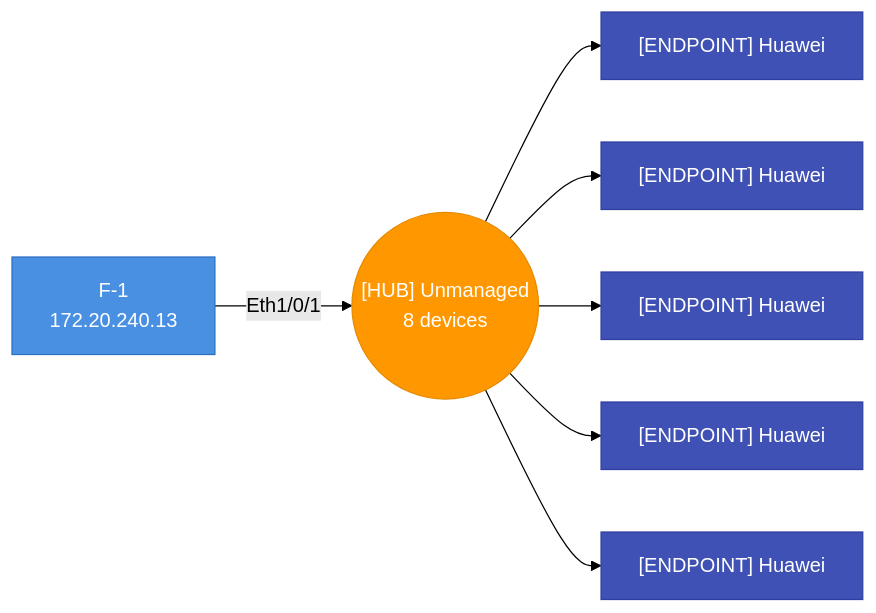
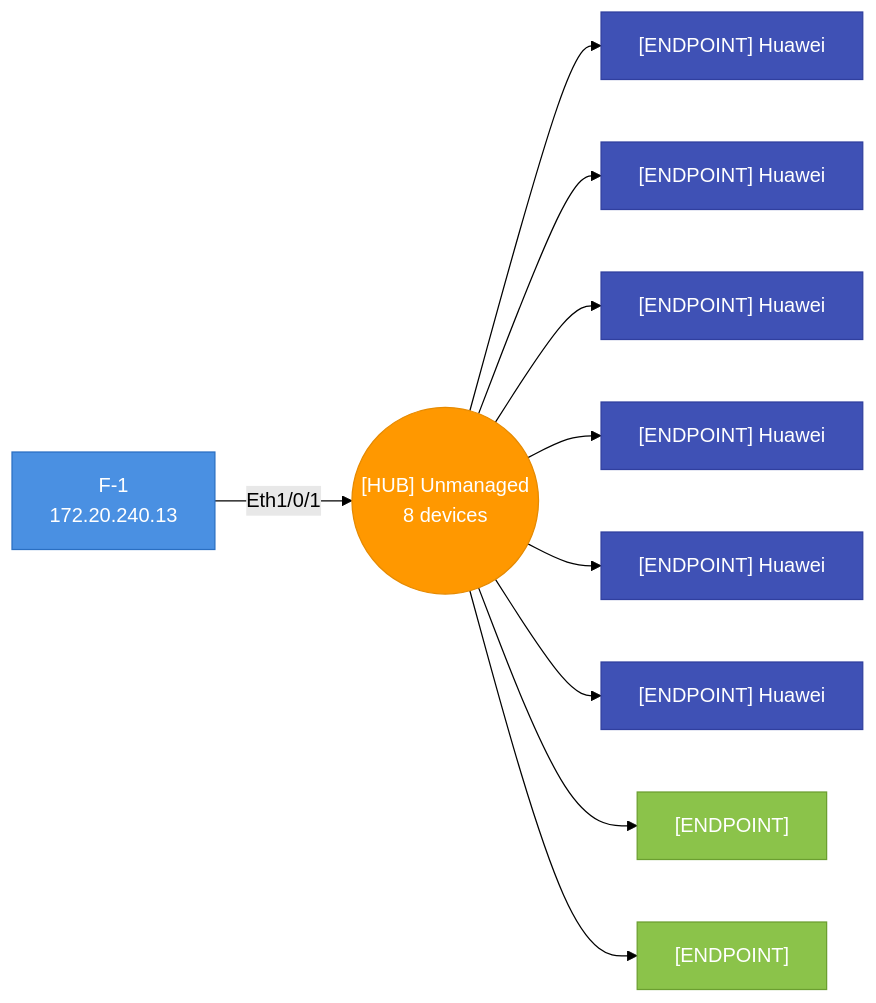
Diagram 29 of 47 in testdata/golden/audit_default.md (djamic/LLDP-Skanner-Go), drawn with Mermaid (forest theme) before and after one commit. The commit also changed other lines of this file and 12 other files, not shown here.

````diff
--- a/testdata/golden/audit_default.md
+++ b/testdata/golden/audit_default.md
@@ -2035,23 +2212,32 @@
 ```mermaid
 graph LR
   hub_f8f0827cfaca_p1(("[HUB] Unmanaged<br>8 devices"))
   f8f0827cfaca["F-1<br>172.20.240.13"]
   f8f0827cfaca-- "Eth1/0/1" -->hub_f8f0827cfaca_p1
   style f8f0827cfaca fill:#4A90E2,stroke:#2A6FC2,color:#fff
   bc9b5e37bf18["[ENDPOINT] Huawei"]
   hub_f8f0827cfaca_p1-->bc9b5e37bf18
   style bc9b5e37bf18 fill:#3F51B5,stroke:#303F9F,color:#fff
   bc9b5e37bf41["[ENDPOINT] Huawei"]
   hub_f8f0827cfaca_p1-->bc9b5e37bf41
   style bc9b5e37bf41 fill:#3F51B5,stroke:#303F9F,color:#fff
   bc9b5e37bf44["[ENDPOINT] Huawei"]
   hub_f8f0827cfaca_p1-->bc9b5e37bf44
   style bc9b5e37bf44 fill:#3F51B5,stroke:#303F9F,color:#fff
   bc9b5e37bf4a["[ENDPOINT] Huawei"]
   hub_f8f0827cfaca_p1-->bc9b5e37bf4a
   style bc9b5e37bf4a fill:#3F51B5,stroke:#303F9F,color:#fff
   bc9b5e37bf56["[ENDPOINT] Huawei"]
   hub_f8f0827cfaca_p1-->bc9b5e37bf56
   style bc9b5e37bf56 fill:#3F51B5,stroke:#303F9F,color:#fff
+  bc9b5e37bf59["[ENDPOINT] Huawei"]
+  hub_f8f0827cfaca_p1-->bc9b5e37bf59
+  style bc9b5e37bf59 fill:#3F51B5,stroke:#303F9F,color:#fff
+  e0baad90617c["[ENDPOINT]"]
+  hub_f8f0827cfaca_p1-->e0baad90617c
+  style e0baad90617c fill:#8BC34A,stroke:#6B9F30,color:#fff
+  e0baad906189["[ENDPOINT]"]
+  hub_f8f0827cfaca_p1-->e0baad906189
+  style e0baad906189 fill:#8BC34A,stroke:#6B9F30,color:#fff
   style hub_f8f0827cfaca_p1 fill:#FF9800,stroke:#E68A00,color:#fff
 ```
````
